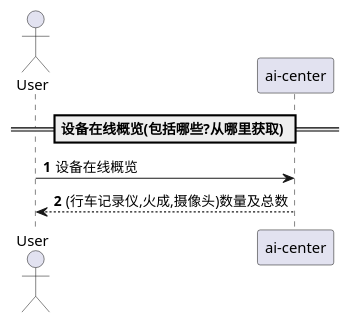
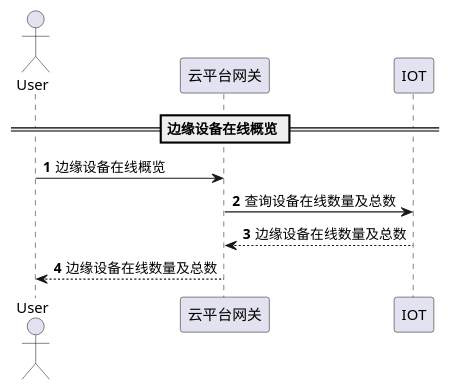
Before and after one commit to zjzjzjzj1874/demo: the diagram in 数量统计/边缘设备在线概览.puml, drawn with PlantUML. The commit also changed 15 other files, not shown here.

Commit message:
feat:plain uml:how to draw a uml

```diff
--- a/数量统计/边缘设备在线概览.puml
+++ b/数量统计/边缘设备在线概览.puml
@@ -1,10 +1,13 @@
 @startuml
 autonumber
-== 设备在线概览(包括哪些?从哪里获取) ==
+== 边缘设备在线概览 ==
 actor User as user
-participant "ai-center" as center
+participant "云平台网关" as center
+participant "IOT" as iot
 
-user -> center : 设备在线概览
-center --> user : (行车记录仪,火成,摄像头)数量及总数
+user -> center : 边缘设备在线概览
+iot <- center : 查询设备在线数量及总数
+iot --> center : 边缘设备在线数量及总数
+center --> user : 边缘设备在线数量及总数
 
 @enduml
```
